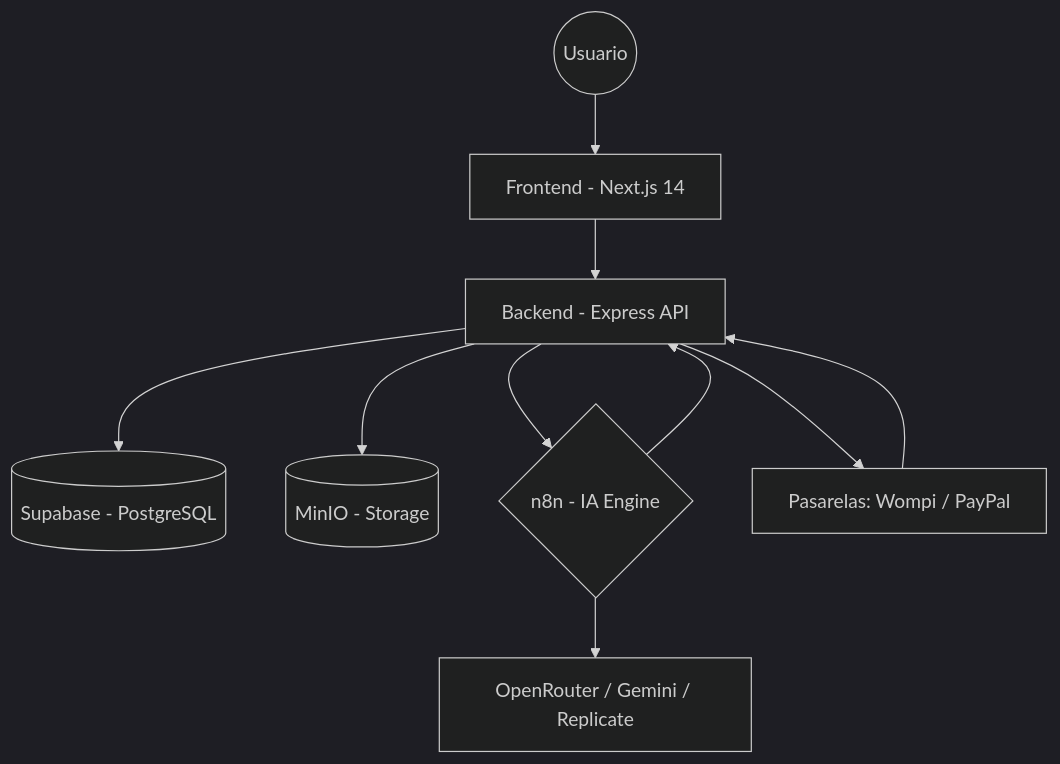
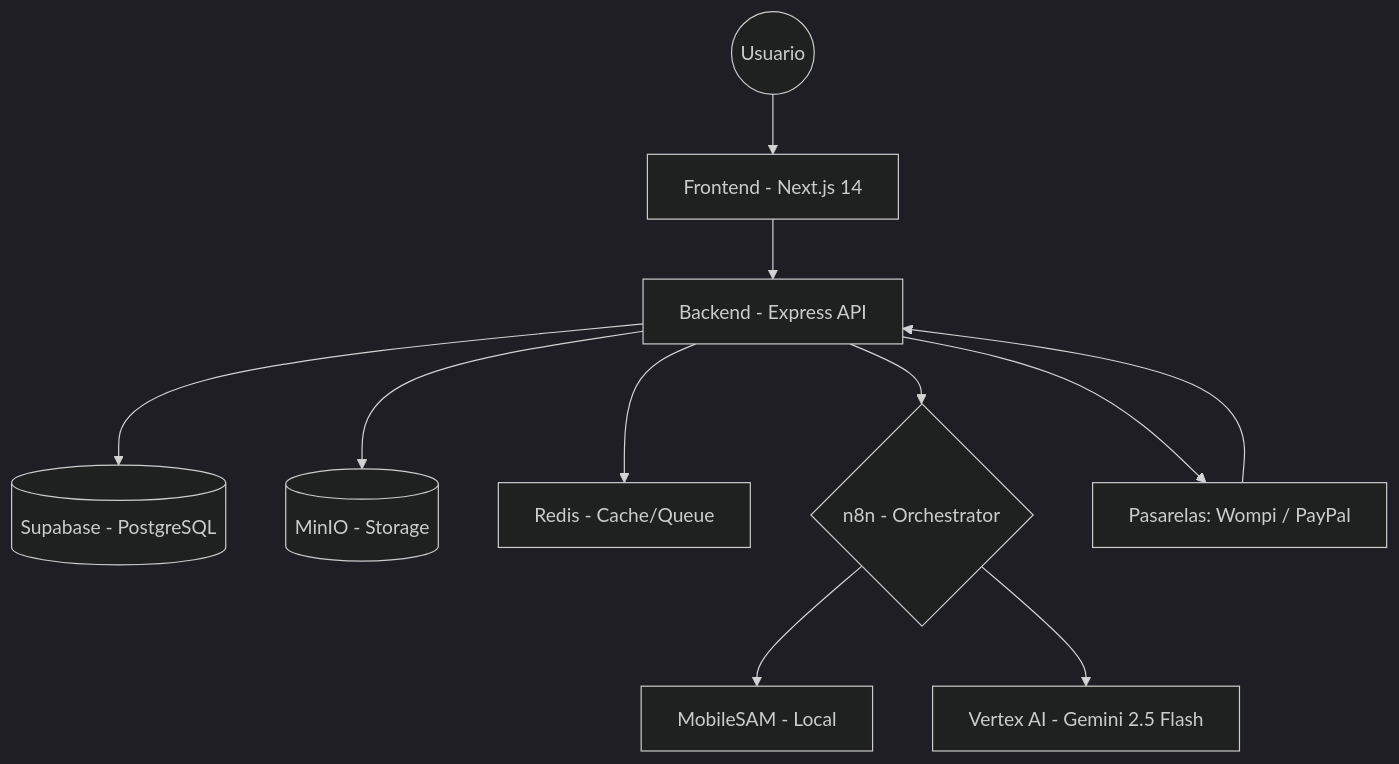
One commit to depper-IA/Lookitry changed the diagram in Lookitry_Brain_Vault/Cerebro/Docs/Logica/Mapa_Arquitectura_Flujos.md. Above: the diagram before and after it, drawn with Mermaid (dark theme). The commit also changed other lines of this file and 372 other files, not shown here.

````diff
--- a/Lookitry_Brain_Vault/Cerebro/Docs/Logica/Mapa_Arquitectura_Flujos.md
+++ b/Lookitry_Brain_Vault/Cerebro/Docs/Logica/Mapa_Arquitectura_Flujos.md
@@ -9,15 +11,16 @@
 ```mermaid
 graph TD
     User((Usuario)) --> FE[Frontend - Next.js 14]
     FE --> BE[Backend - Express API]
     
     BE --> DB[(Supabase - PostgreSQL)]
     BE --> S3[(MinIO - Storage)]
-    BE --> AI{n8n - IA Engine}
+    BE --> Redis[Redis - Cache/Queue]
+    BE --> n8n{n8n - Orchestrator}
     
-    AI --> OpenRouter[OpenRouter / Gemini / Replicate]
-    AI --> BE
+    n8n --> SAM[MobileSAM - Local]
+    n8n --> Vertex[Vertex AI - Gemini 2.5 Flash]
     
     BE --> Pay[Pasarelas: Wompi / PayPal]
     Pay --> BE
 ```
````
